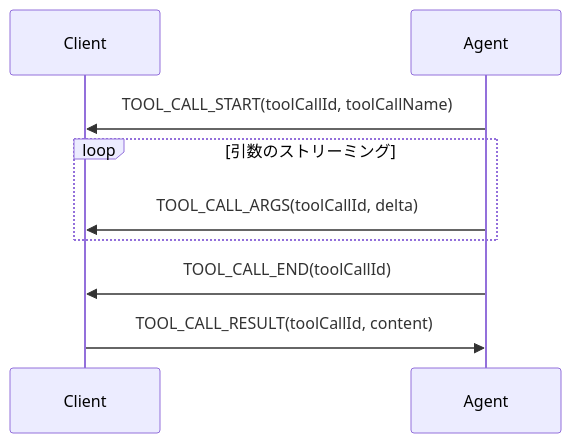
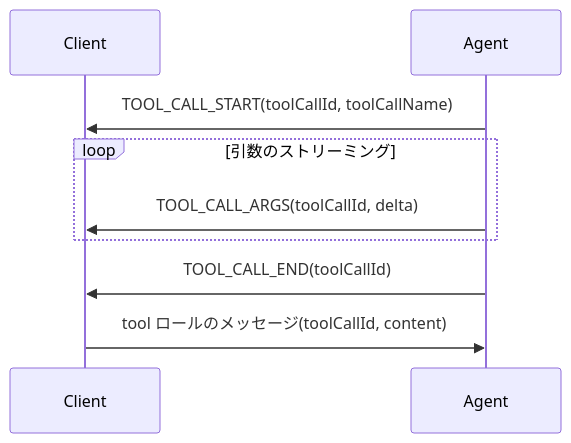
One commit to yoichiozaki/yoichiozaki.github.io changed the sixth of 12 diagrams in content/blog/ja/ag-ui-protocol.mdx. Above: the diagram before and after it, drawn with Mermaid. The commit also changed other lines of this file and 220 other files, not shown here.

````diff
--- a/content/blog/ja/ag-ui-protocol.mdx
+++ b/content/blog/ja/ag-ui-protocol.mdx
@@ -267,11 +267,11 @@
 ```mermaid
 sequenceDiagram
     participant C as Client
     participant A as Agent
     A->>C: TOOL_CALL_START(toolCallId, toolCallName)
     loop 引数のストリーミング
         A->>C: TOOL_CALL_ARGS(toolCallId, delta)
     end
     A->>C: TOOL_CALL_END(toolCallId)
-    C->>A: TOOL_CALL_RESULT(toolCallId, content)
+    C->>A: tool ロールのメッセージ(toolCallId, content)
 ```
````
